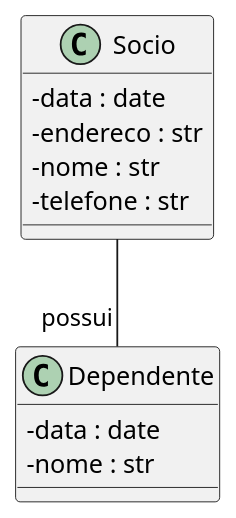
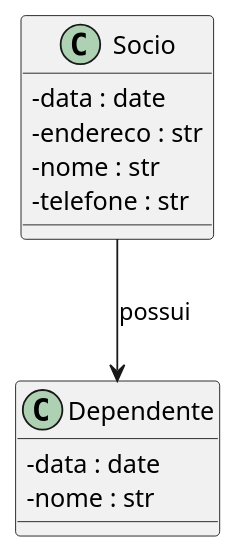
Before and after one commit to maxwellamaral/maxwellamaral.github.io: the diagram in docs/assets/puml/uml_class03.puml, drawn with PlantUML. The commit also changed 7 other files, not shown here.

```diff
--- a/docs/assets/puml/uml_class03.puml
+++ b/docs/assets/puml/uml_class03.puml
@@ -1,21 +1,21 @@
 @startuml
 
 ' left to right direction
 skinparam classAttributeIconSize 0
 scale 1.2
 
 class Socio {
     - data : date
     - endereco : str
     - nome : str
     - telefone : str
 }
 
 class Dependente {
     - data : date
     - nome : str
 }
 
-Socio --"possui" Dependente
+Socio --> Dependente : possui
 
 @enduml
```
